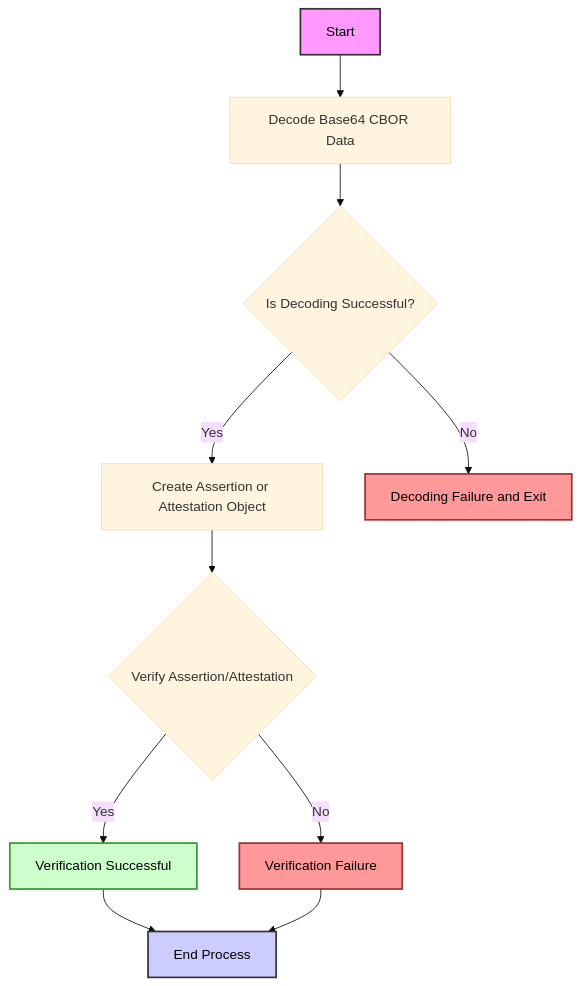
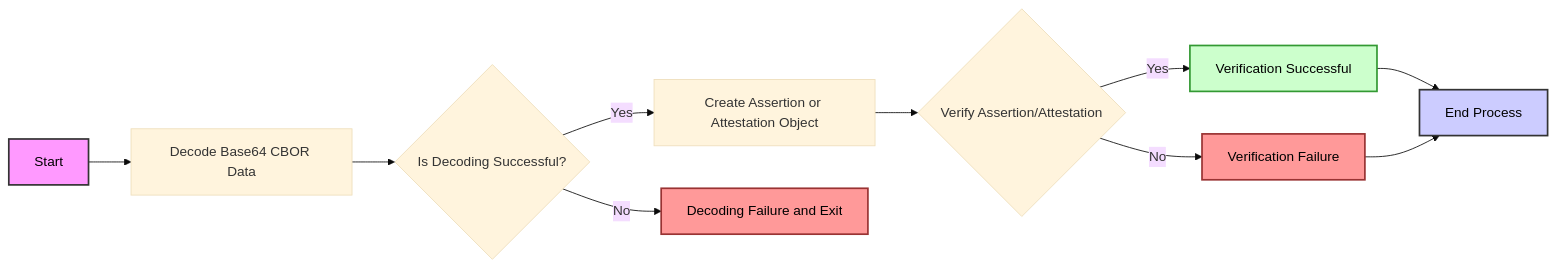
Before and after one commit to TheDhejavu/appattest-rs: the diagram in README.md, drawn with Mermaid (base theme).

````diff
--- a/README.md
+++ b/README.md
@@ -8,21 +8,21 @@
 ```mermaid
-flowchart TD
+flowchart LR
     A[Start] --> B[Decode Base64 CBOR Data]
     B --> C{Is Decoding Successful?}
     C -->|Yes| D[Create Assertion or Attestation Object]
     C -->|No| E[Decoding Failure and Exit]
 
     D --> F{Verify Assertion/Attestation}
     F -->|Yes| G[Verification Successful]
     F -->|No| H[Verification Failure]
 
     G --> I[End Process]
     H --> I
 
     style A fill:#f9f,stroke:#333,stroke-width:2px,color:black
     style I fill:#ccf,stroke:#333,stroke-width:2px,color:black
     style G fill:#cfc,stroke:#393,stroke-width:2px,color:black
     style H fill:#f99,stroke:#933,stroke-width:2px,color:black
     style E fill:#f99,stroke:#933,stroke-width:2px,color:black
 
 ```
````
